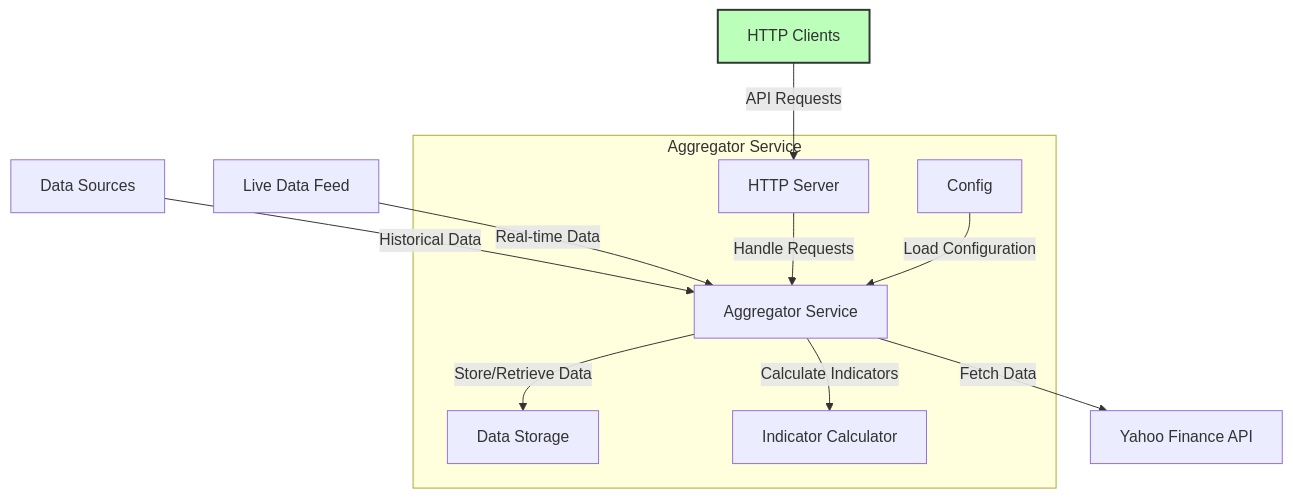
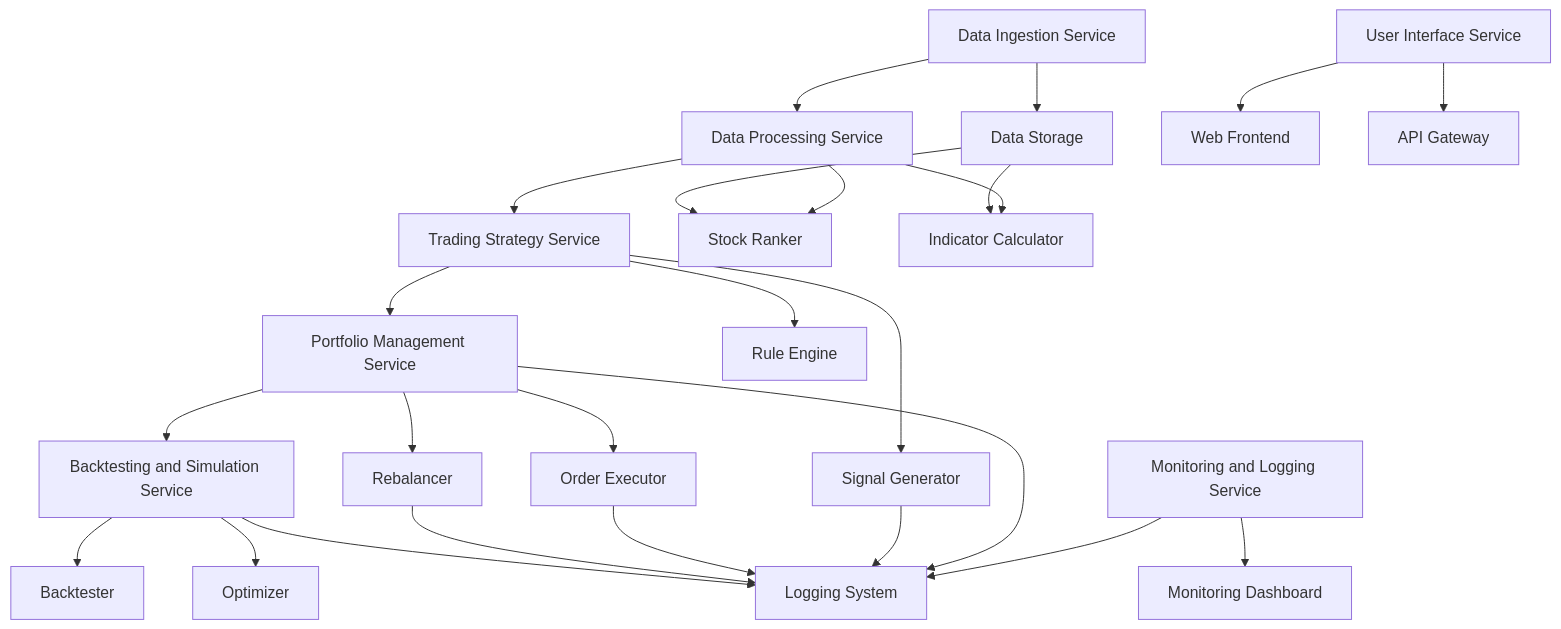
The diagram in README.md (denim-bluu/trading_platform), drawn with Mermaid before and after one commit. The commit also changed other lines of this file and 40 other files, not shown here.

Commit message:
feat :Build mock data / strategy service

````diff
--- a/README.md
+++ b/README.md
@@ -11,22 +1,28 @@
 ```mermaid
 graph TD
-    A[Data Sources] -->|Historical Data| B[Aggregator Service]
-    C[Live Data Feed] -->|Real-time Data| B
-    B -->|Store/Retrieve Data| D[Data Storage]
-    B -->|Calculate Indicators| E[Indicator Calculator]
-    F[HTTP Clients] -->|API Requests| G[HTTP Server]
-    G -->|Handle Requests| B
-    B -->|Fetch Data| H[Yahoo Finance API]
-    
-    subgraph Aggregator Service
-    B
-    D
-    E
-    G
-    I
-    end
-    
-    I[Config] -->|Load Configuration| B
-    style F fill:#bfb,stroke:#333,stroke-width:2px
+    A[Data Ingestion Service] --> B[Data Storage]
+    A --> C[Data Processing Service]
+    C --> D[Trading Strategy Service]
+    D --> E[Portfolio Management Service]
+    E --> F[Order Executor]
+    E --> G[Rebalancer]
+    D --> H[Signal Generator]
+    C --> I[Stock Ranker]
+    C --> J[Indicator Calculator]
+    D --> K[Rule Engine]
+    B --> J
+    B --> I
+    E --> L[Backtesting and Simulation Service]
+    L --> M[Backtester]
+    L --> N[Optimizer]
+    O[Monitoring and Logging Service] --> P[Monitoring Dashboard]
+    O --> Q[Logging System]
+    R[User Interface Service] --> S[Web Frontend]
+    R --> T[API Gateway]
+    E --> Q
+    H --> Q
+    F --> Q
+    G --> Q
+    L --> Q
 
 ```
````
